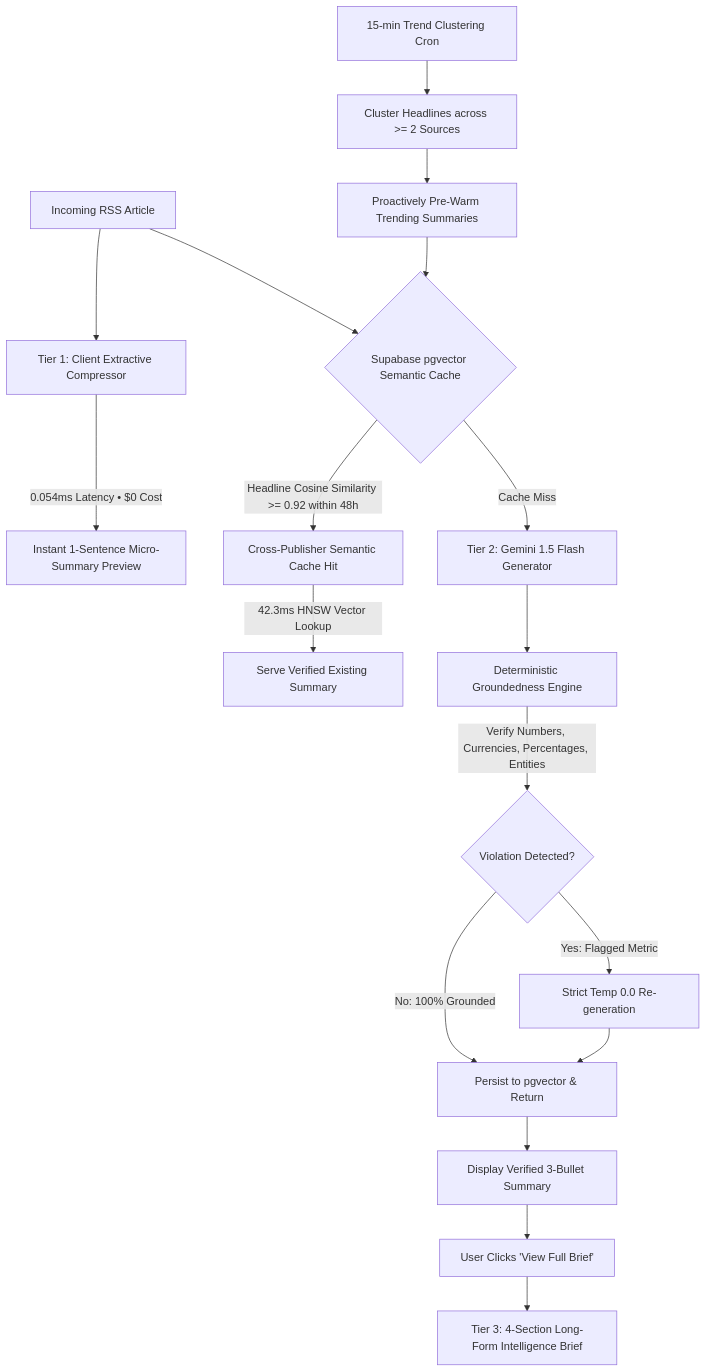
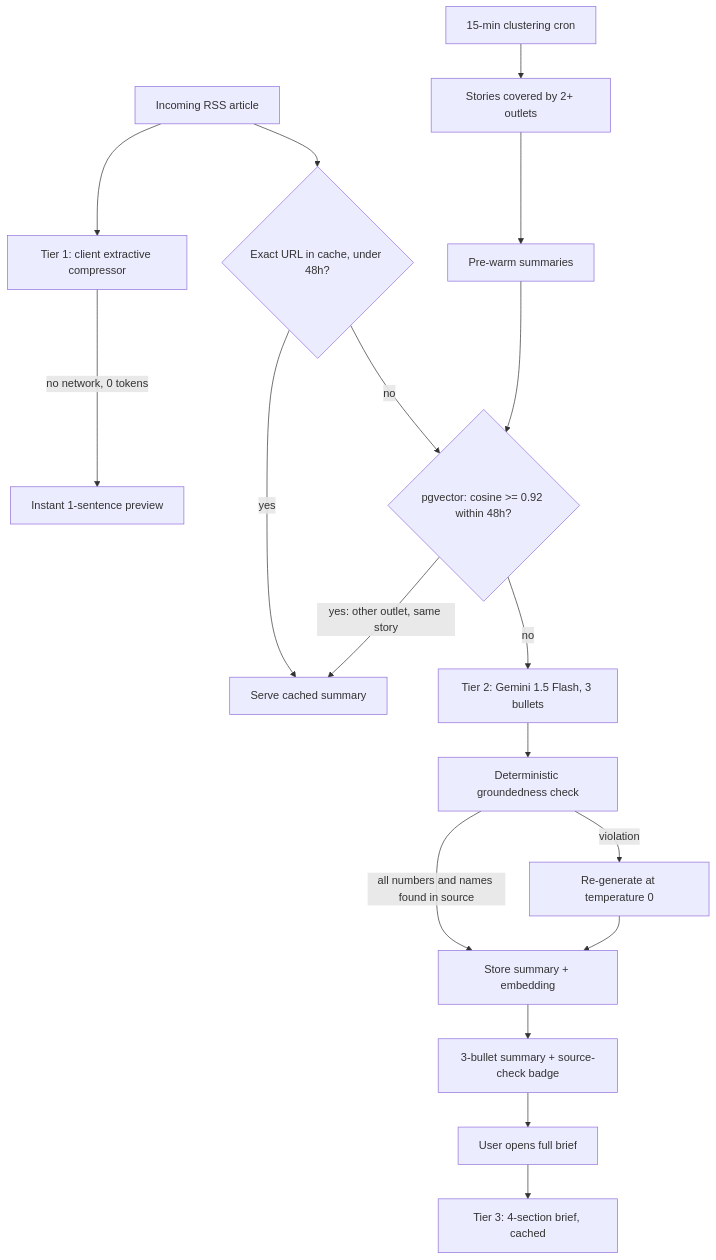
Before and after one commit to mmkaya-ui/rssmindly: the diagram in README.md, drawn with Mermaid. The commit also changed other lines of this file and 2 other files, not shown here.

````diff
--- a/README.md
+++ b/README.md
@@ -71,24 +54,22 @@
 ```mermaid
 flowchart TD
-    A[Incoming RSS Article] --> B[Tier 1: Client Extractive Compressor]
-    B -->|0.054ms Latency • $0 Cost| UI1[Instant 1-Sentence Micro-Summary Preview]
-    
-    A --> C{Supabase pgvector Semantic Cache}
-    C -->|Headline Cosine Similarity >= 0.92 within 48h| D[Cross-Publisher Semantic Cache Hit]
-    D -->|42.3ms HNSW Vector Lookup| UI2[Serve Verified Existing Summary]
-    
-    C -->|Cache Miss| E[Tier 2: Gemini 1.5 Flash Generator]
-    E --> F[Deterministic Groundedness Engine]
-    F -->|Verify Numbers, Currencies, Percentages, Entities| G{Violation Detected?}
-    G -->|Yes: Flagged Metric| H[Strict Temp 0.0 Re-generation]
-    G -->|No: 100% Grounded| I[Persist to pgvector & Return]
+    A[Incoming RSS article] --> B[Tier 1: client extractive compressor]
+    B -->|no network, 0 tokens| UI1[Instant 1-sentence preview]
+
+    A --> X{Exact URL in cache, under 48h?}
+    X -->|yes| UI2[Serve cached summary]
+    X -->|no| C{pgvector: cosine >= 0.92 within 48h?}
+    C -->|yes: other outlet, same story| UI2
+    C -->|no| E[Tier 2: Gemini 1.5 Flash, 3 bullets]
+    E --> F[Deterministic groundedness check]
+    F -->|all numbers and names found in source| I[Store summary + embedding]
+    F -->|violation| H[Re-generate at temperature 0]
     H --> I
-    I --> UI3[Display Verified 3-Bullet Summary]
+    I --> UI3[3-bullet summary + source-check badge]
+    UI3 --> J[User opens full brief]
+    J --> K[Tier 3: 4-section brief, cached]
 
-    UI3 --> J[User Clicks 'View Full Brief']
-    J --> K[Tier 3: 4-Section Long-Form Intelligence Brief]
-
-    Cron[15-min Trend Clustering Cron] --> L[Cluster Headlines across >= 2 Sources]
-    L --> M[Proactively Pre-Warm Trending Summaries]
+    Cron[15-min clustering cron] --> L[Stories covered by 2+ outlets]
+    L --> M[Pre-warm summaries]
     M --> C
 ```
````
